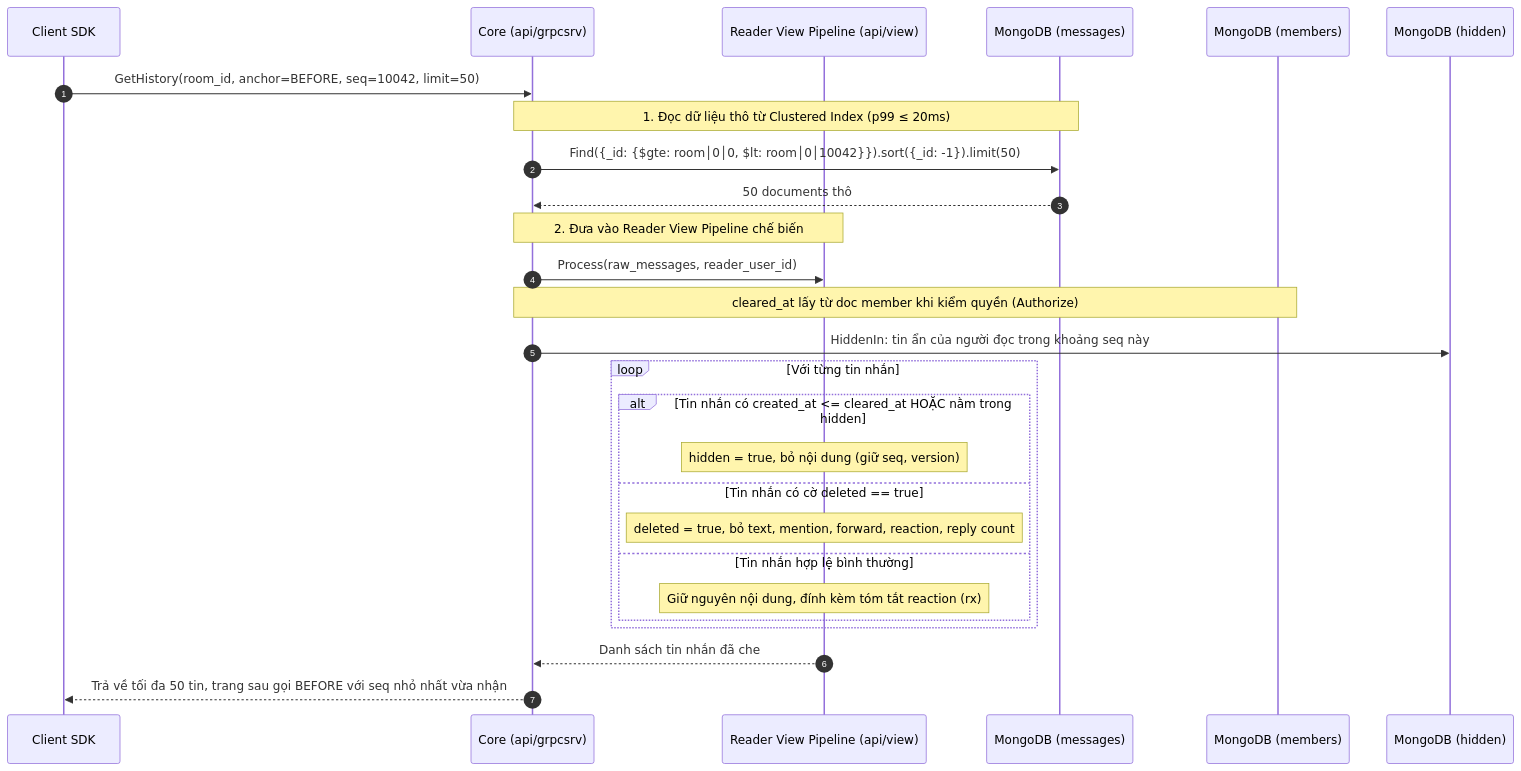
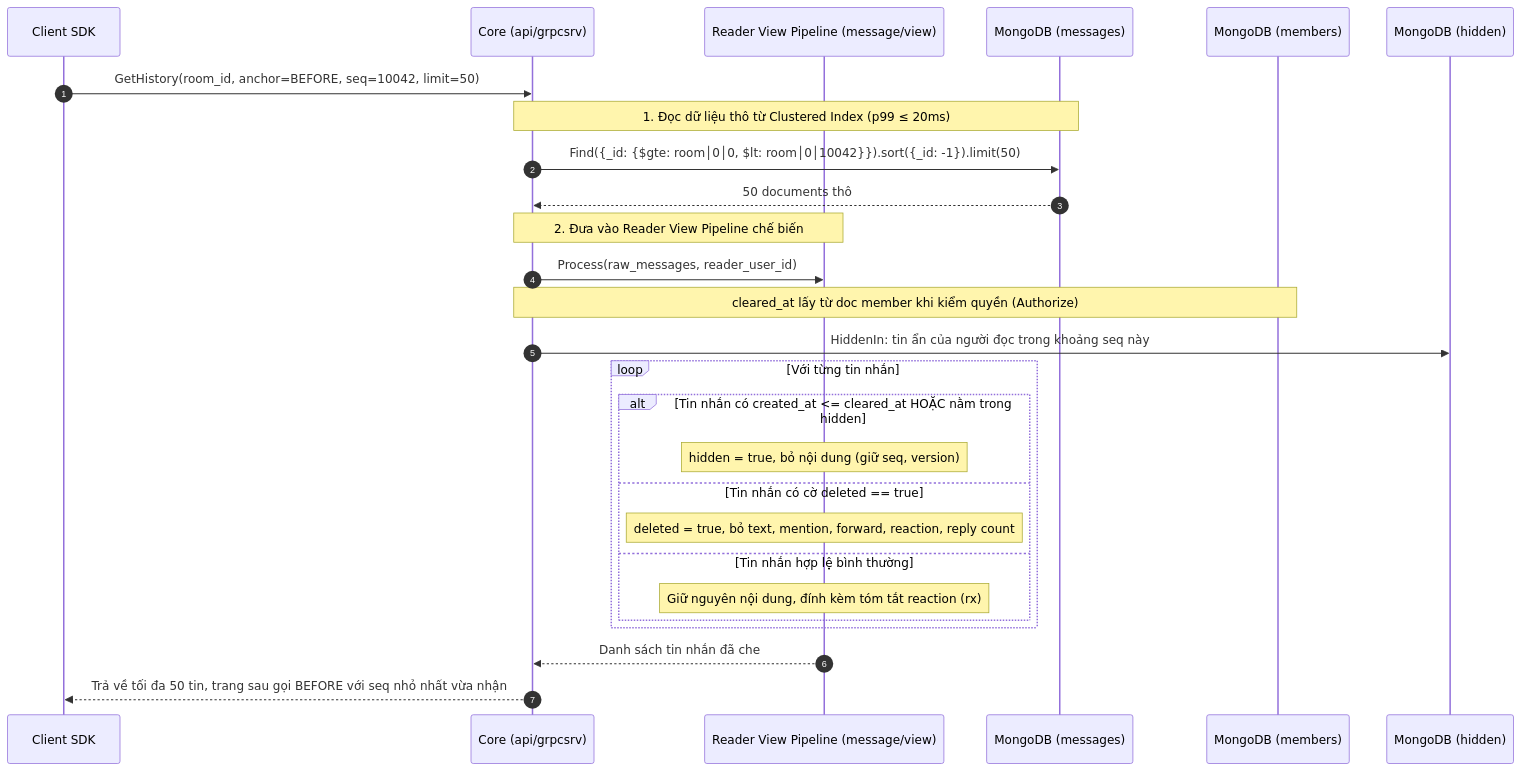
Before and after one commit to ivannguyendev/chatim: the second of 3 diagrams in docs/modules/08-feature-history-retrieval-and-sync.md, drawn with Mermaid. The commit also changed other lines of this file and 9 other files, not shown here.

````diff
--- a/docs/modules/08-feature-history-retrieval-and-sync.md
+++ b/docs/modules/08-feature-history-retrieval-and-sync.md
@@ -42,35 +42,35 @@
 ```mermaid
 sequenceDiagram
     autonumber
     participant Client as Client SDK
     participant Core as Core (api/grpcsrv)
-    participant View as Reader View Pipeline (api/view)
+    participant View as Reader View Pipeline (message/view)
     participant Msgs as MongoDB (messages)
     participant Members as MongoDB (members)
     participant Hidden as MongoDB (hidden)
 
     Client->>Core: GetHistory(room_id, anchor=BEFORE, seq=10042, limit=50)
 
     Note over Core,Msgs: 1. Đọc dữ liệu thô từ Clustered Index (p99 ≤ 20ms)
     Core->>Msgs: Find({_id: {$gte: room│0│0, $lt: room│0│10042}}).sort({_id: -1}).limit(50)
     Msgs-->>Core: 50 documents thô
 
     Note over Core,View: 2. Đưa vào Reader View Pipeline chế biến
     Core->>View: Process(raw_messages, reader_user_id)
 
     Note over Core,Members: cleared_at lấy từ doc member khi kiểm quyền (Authorize)
     Core->>Hidden: HiddenIn: tin ẩn của người đọc trong khoảng seq này
 
     loop Với từng tin nhắn
         alt Tin nhắn có created_at <= cleared_at HOẶC nằm trong hidden
             Note over View: hidden = true, bỏ nội dung (giữ seq, version)
         else Tin nhắn có cờ deleted == true
             Note over View: deleted = true, bỏ text, mention, forward, reaction, reply count
         else Tin nhắn hợp lệ bình thường
             Note over View: Giữ nguyên nội dung, đính kèm tóm tắt reaction (rx)
         end
     end
 
     View-->>Core: Danh sách tin nhắn đã che
     Core-->>Client: Trả về tối đa 50 tin, trang sau gọi BEFORE với seq nhỏ nhất vừa nhận
 ```
````
